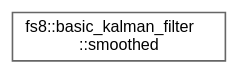
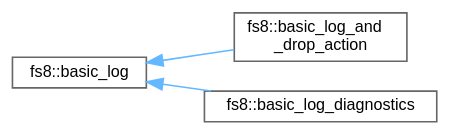
One commit to the-moisrex/foresight changed the diagram in api/inherit_graph_38.dot. Above: the diagram before and after it, drawn with Graphviz. The commit also changed 240 other files, not shown here.

```diff
--- a/api/inherit_graph_38.dot
+++ b/api/inherit_graph_38.dot
@@ -1,9 +1,13 @@
 digraph "Graphical Class Hierarchy"
 {
  // LATEX_PDF_SIZE
   bgcolor="transparent";
   edge [fontname=Helvetica,fontsize=10,labelfontname=Helvetica,labelfontsize=10];
   node [fontname=Helvetica,fontsize=10,shape=box,height=0.2,width=0.4];
   rankdir="LR";
-  Node0 [id="Node000000",label="fs8::basic_kalman_filter\l::smoothed",height=0.2,width=0.4,color="grey40", fillcolor="white", style="filled",URL="$structfs8_1_1basic__kalman__filter_1_1smoothed.html",tooltip=" "];
+  Node0 [id="Node000000",label="fs8::basic_log",height=0.2,width=0.4,color="grey40", fillcolor="white", style="filled",URL="$structfs8_1_1basic__log.html",tooltip=" "];
+  Node0 -> Node1 [id="edge3_Node000000_Node000001",dir="back",color="steelblue1",style="solid",tooltip=" "];
+  Node1 [id="Node000001",label="fs8::basic_log_and\l_drop_action",height=0.2,width=0.4,color="grey40", fillcolor="white", style="filled",URL="$structfs8_1_1basic__log__and__drop__action.html",tooltip="Drop-and-log callback: logs the event and returns drop_event."];
+  Node0 -> Node2 [id="edge4_Node000000_Node000002",dir="back",color="steelblue1",style="solid",tooltip=" "];
+  Node2 [id="Node000002",label="fs8::basic_log_diagnostics",height=0.2,width=0.4,color="grey40", fillcolor="white", style="filled",URL="$structfs8_1_1basic__log__diagnostics.html",tooltip=" "];
 }
```
